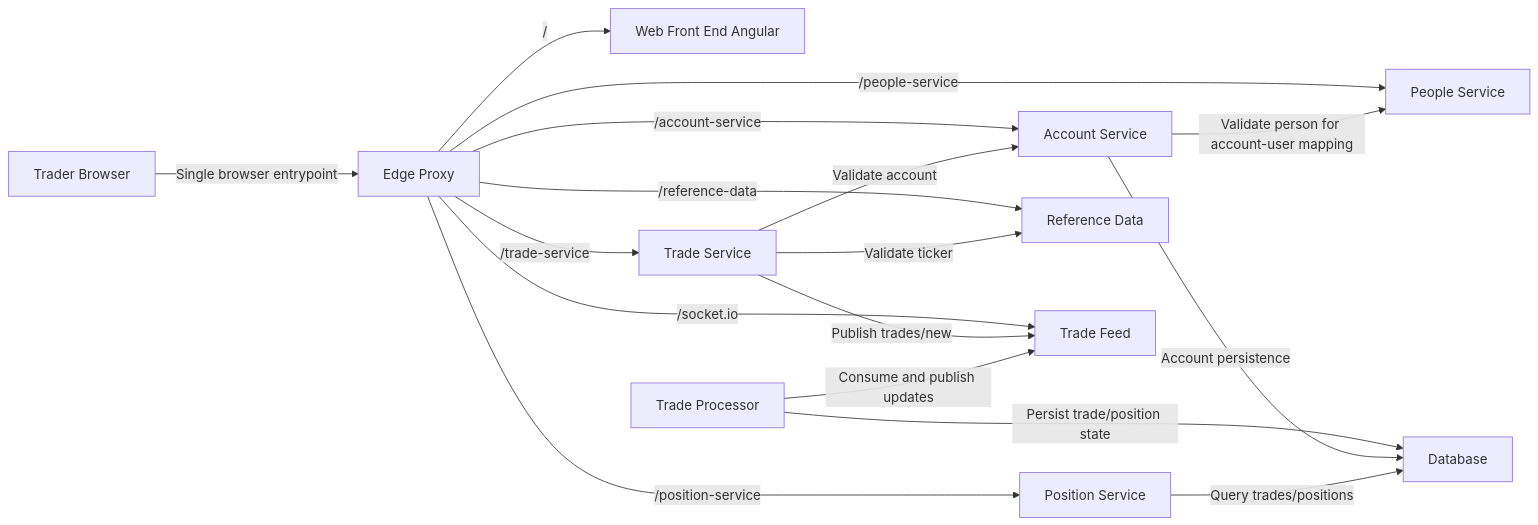
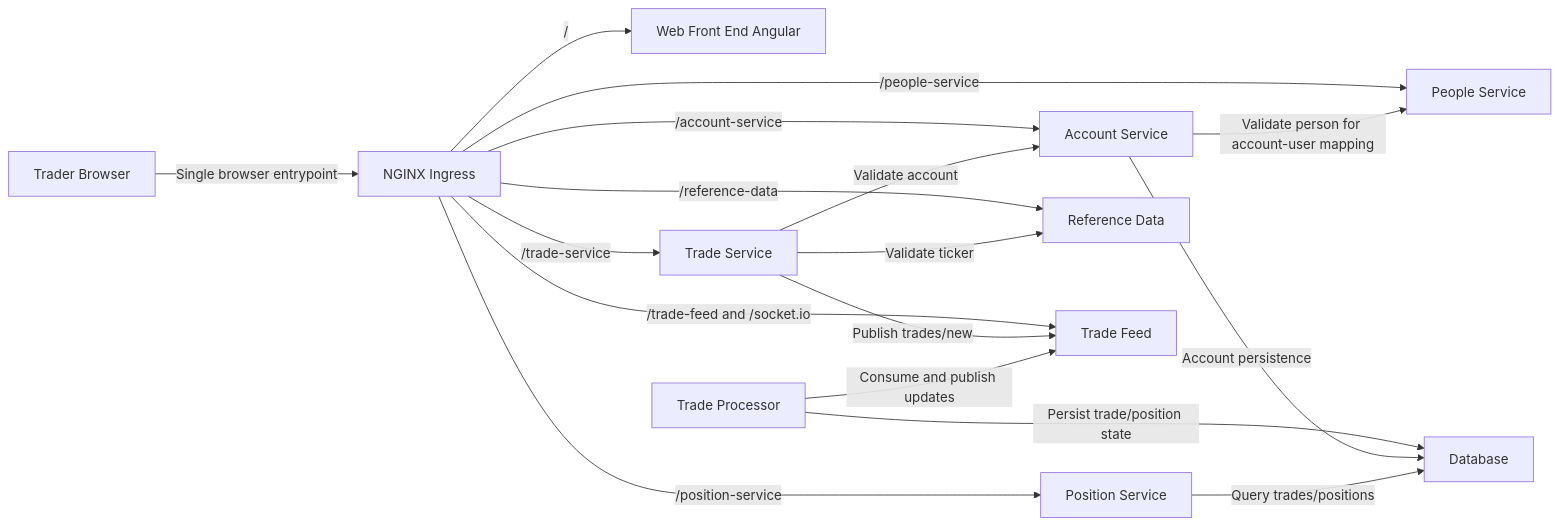
The diagram in docs/learning/software-architecture.md (finos/traderX), drawn with Mermaid before and after one commit. The commit also changed other lines of this file and 49 other files, not shown here.

````diff
--- a/docs/learning/software-architecture.md
+++ b/docs/learning/software-architecture.md
@@ -41,30 +41,30 @@
 ```mermaid
 flowchart LR
   trader["Trader Browser"]
-  edge["Edge Proxy"]
+  ingress["NGINX Ingress"]
   web["Web Front End Angular"]
   account["Account Service"]
   position["Position Service"]
   tradeService["Trade Service"]
   referenceData["Reference Data"]
   people["People Service"]
   tradeFeed["Trade Feed"]
   tradeProcessor["Trade Processor"]
   database["Database"]
-  trader -->|"Single browser entrypoint"| edge
-  edge -->|"/"| web
-  edge -->|"/account-service"| account
-  edge -->|"/position-service"| position
-  edge -->|"/trade-service"| tradeService
-  edge -->|"/reference-data"| referenceData
-  edge -->|"/people-service"| people
-  edge -->|"/socket.io"| tradeFeed
+  trader -->|"Single browser entrypoint"| ingress
+  ingress -->|"/"| web
+  ingress -->|"/account-service"| account
+  ingress -->|"/position-service"| position
+  ingress -->|"/trade-service"| tradeService
+  ingress -->|"/reference-data"| referenceData
+  ingress -->|"/people-service"| people
+  ingress -->|"/trade-feed and /socket.io"| tradeFeed
   tradeService -->|"Validate account"| account
   tradeService -->|"Validate ticker"| referenceData
   tradeService -->|"Publish trades/new"| tradeFeed
   tradeProcessor -->|"Consume and publish updates"| tradeFeed
   tradeProcessor -->|"Persist trade/position state"| database
-  account -->|"Validate person for account-user mapping"| people
   account -->|"Account persistence"| database
   position -->|"Query trades/positions"| database
+  account -->|"Validate person for account-user mapping"| people
 ```
````
